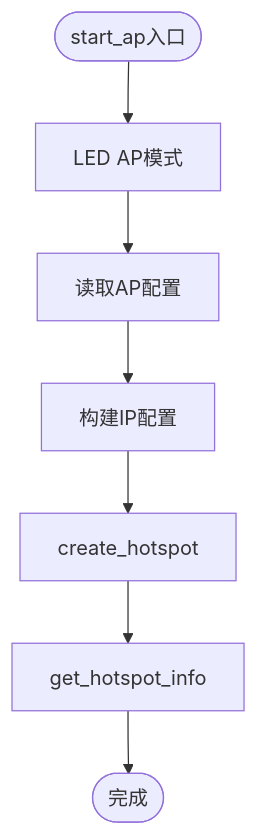
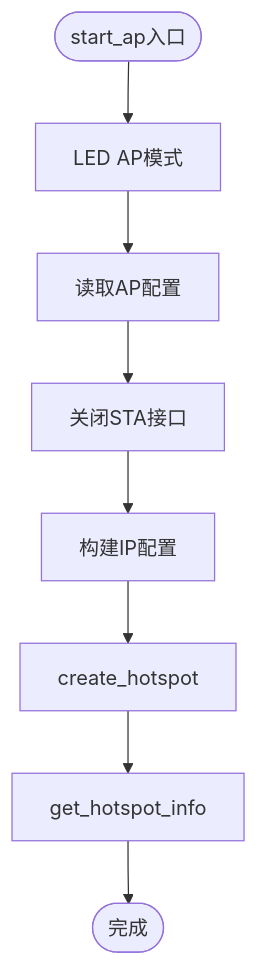
One commit to qq20739111/weilushishe-lishitai changed the sixth of 11 diagrams in .qoder/repowiki/zh/content/系统架构/引导系统.md. Above: the diagram before and after it, drawn with Mermaid. The commit also changed other lines of this file and 23 other files, not shown here.

````diff
--- a/.qoder/repowiki/zh/content/系统架构/引导系统.md
+++ b/.qoder/repowiki/zh/content/系统架构/引导系统.md
@@ -212,9 +273,10 @@
 ```mermaid
 flowchart TD
 APStart(["start_ap入口"]) --> LedAP["LED AP模式"]
 LedAP --> ReadCfg["读取AP配置"]
-ReadCfg --> BuildIP["构建IP配置"]
+ReadCfg --> CloseSTA["关闭STA接口"]
+CloseSTA --> BuildIP["构建IP配置"]
 BuildIP --> CreateAP["create_hotspot"]
 CreateAP --> Info["get_hotspot_info"]
 Info --> Done(["完成"])
 ```
````
